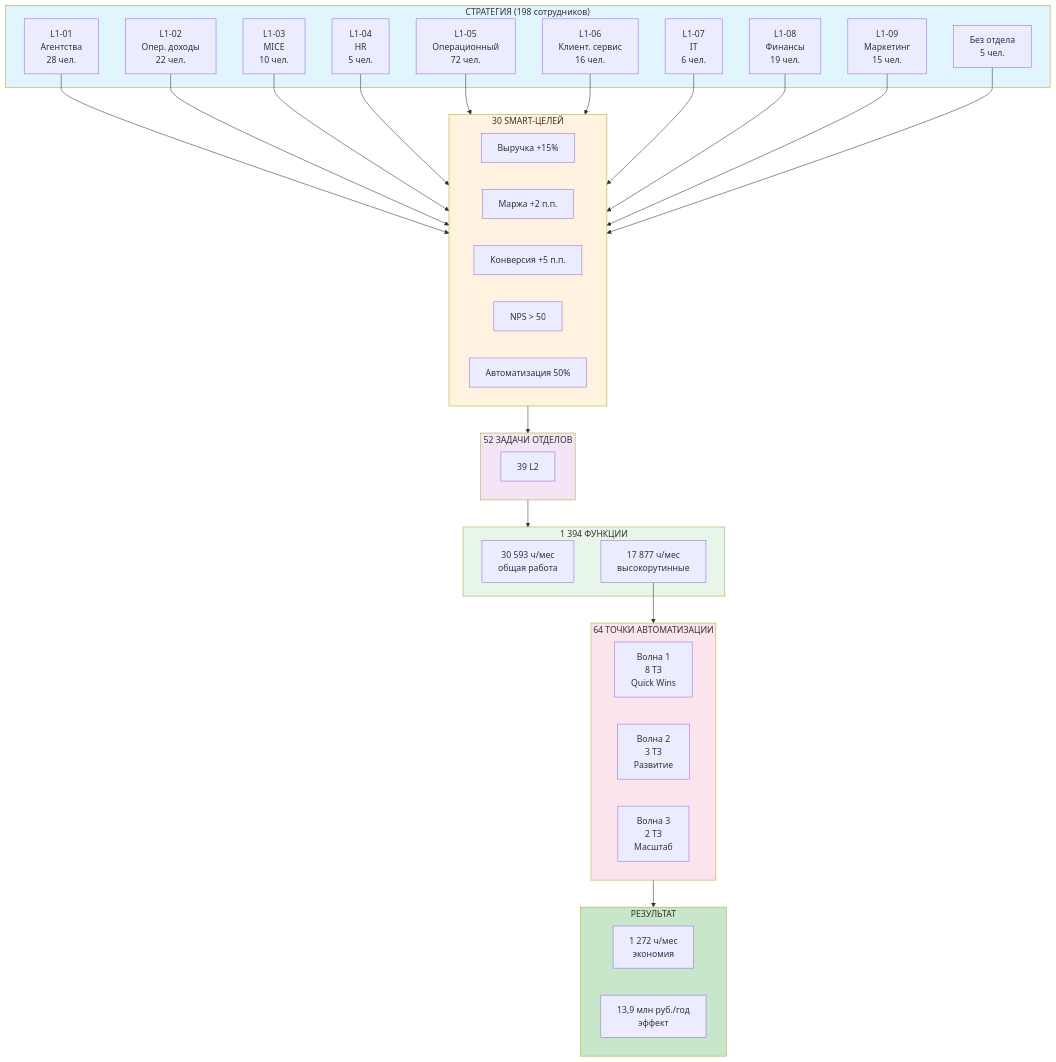
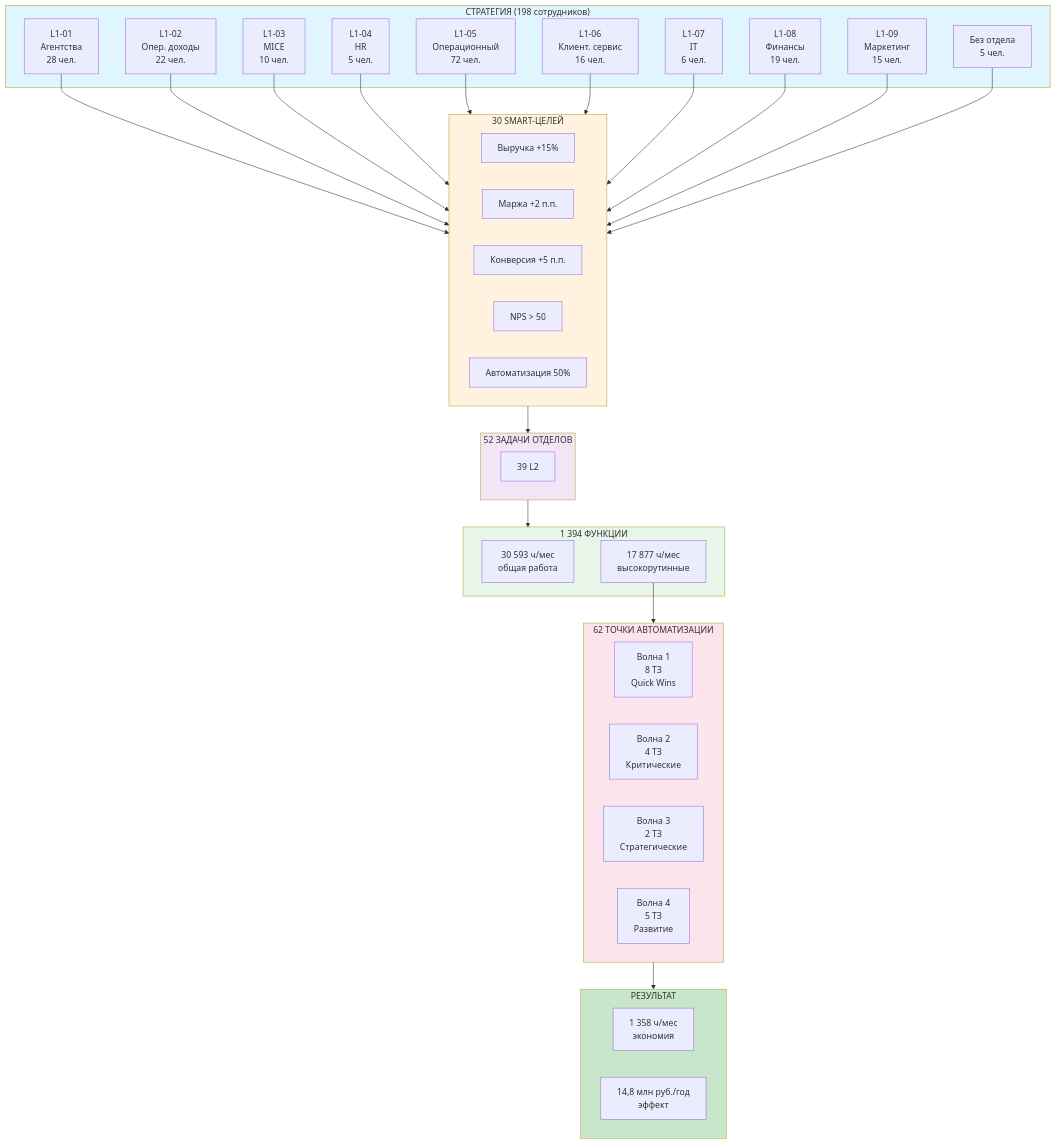
Before and after one commit to brandgrossmeister8-cmd/space-travel: the diagram in НАВИГАЦИОННАЯ_КАРТА.md, drawn with Mermaid. The commit also changed other lines of this file and 59 other files, not shown here.

````diff
--- a/НАВИГАЦИОННАЯ_КАРТА.md
+++ b/НАВИГАЦИОННАЯ_КАРТА.md
@@ -210,56 +210,57 @@
 ```mermaid
 flowchart TB
     subgraph STRATEGY["СТРАТЕГИЯ (198 сотрудников)"]
         D1[L1-01<br/>Агентства<br/>28 чел.]
         D2[L1-02<br/>Опер. доходы<br/>22 чел.]
         D3[L1-03<br/>MICE<br/>10 чел.]
         D4[L1-04<br/>HR<br/>5 чел.]
         D5[L1-05<br/>Операционный<br/>72 чел.]
         D6[L1-06<br/>Клиент. сервис<br/>16 чел.]
         D7[L1-07<br/>IT<br/>6 чел.]
         D8[L1-08<br/>Финансы<br/>19 чел.]
         D9[L1-09<br/>Маркетинг<br/>15 чел.]
         D0[Без отдела<br/>5 чел.]
     end
 
     subgraph GOALS["30 SMART-ЦЕЛЕЙ"]
         G1[Выручка +15%]
         G2[Маржа +2 п.п.]
         G3[Конверсия +5 п.п.]
         G4[NPS > 50]
         G5[Автоматизация 50%]
     end
 
     subgraph TASKS["52 ЗАДАЧИ ОТДЕЛОВ"]
         T1[39 L2]
     end
 
     subgraph FUNCTIONS["1 394 ФУНКЦИИ"]
         F1[30 593 ч/мес<br/>общая работа]
         F2[17 877 ч/мес<br/>высокорутинные]
     end
 
-    subgraph AUTO["64 ТОЧКИ АВТОМАТИЗАЦИИ"]
+    subgraph AUTO["62 ТОЧКИ АВТОМАТИЗАЦИИ"]
         A1[Волна 1<br/>8 ТЗ<br/>Quick Wins]
-        A2[Волна 2<br/>3 ТЗ<br/>Развитие]
-        A3[Волна 3<br/>2 ТЗ<br/>Масштаб]
+        A2[Волна 2<br/>4 ТЗ<br/>Критические]
+        A3[Волна 3<br/>2 ТЗ<br/>Стратегические]
+        A4[Волна 4<br/>5 ТЗ<br/>Развитие]
     end
 
     subgraph RESULT["РЕЗУЛЬТАТ"]
-        R1[1 272 ч/мес<br/>экономия]
-        R2[13,9 млн руб./год<br/>эффект]
+        R1[1 358 ч/мес<br/>экономия]
+        R2[14,8 млн руб./год<br/>эффект]
     end
 
     D1 & D2 & D3 & D4 & D5 & D6 & D7 & D8 & D9 & D0 --> GOALS
     GOALS --> TASKS
     TASKS --> FUNCTIONS
     F2 --> AUTO
     AUTO --> RESULT
 
     style STRATEGY fill:#e1f5fe
     style GOALS fill:#fff3e0
     style TASKS fill:#f3e5f5
     style FUNCTIONS fill:#e8f5e9
     style AUTO fill:#fce4ec
     style RESULT fill:#c8e6c9
 ```
````
